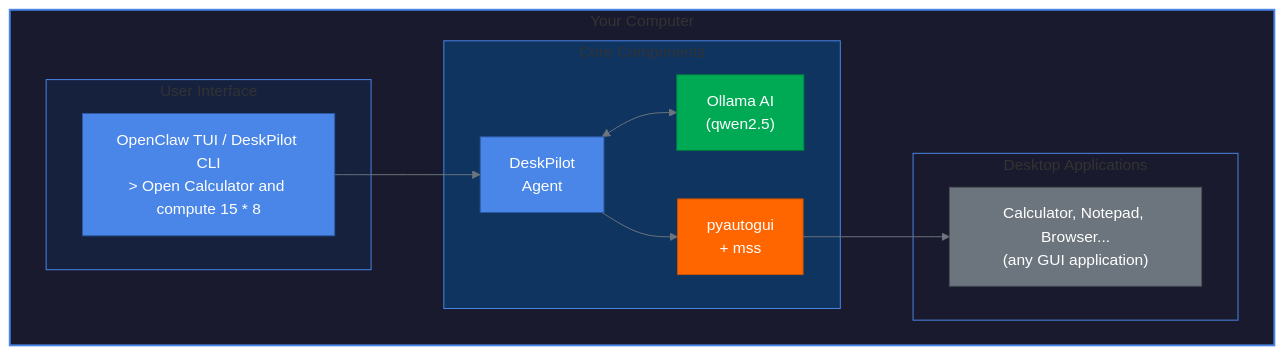
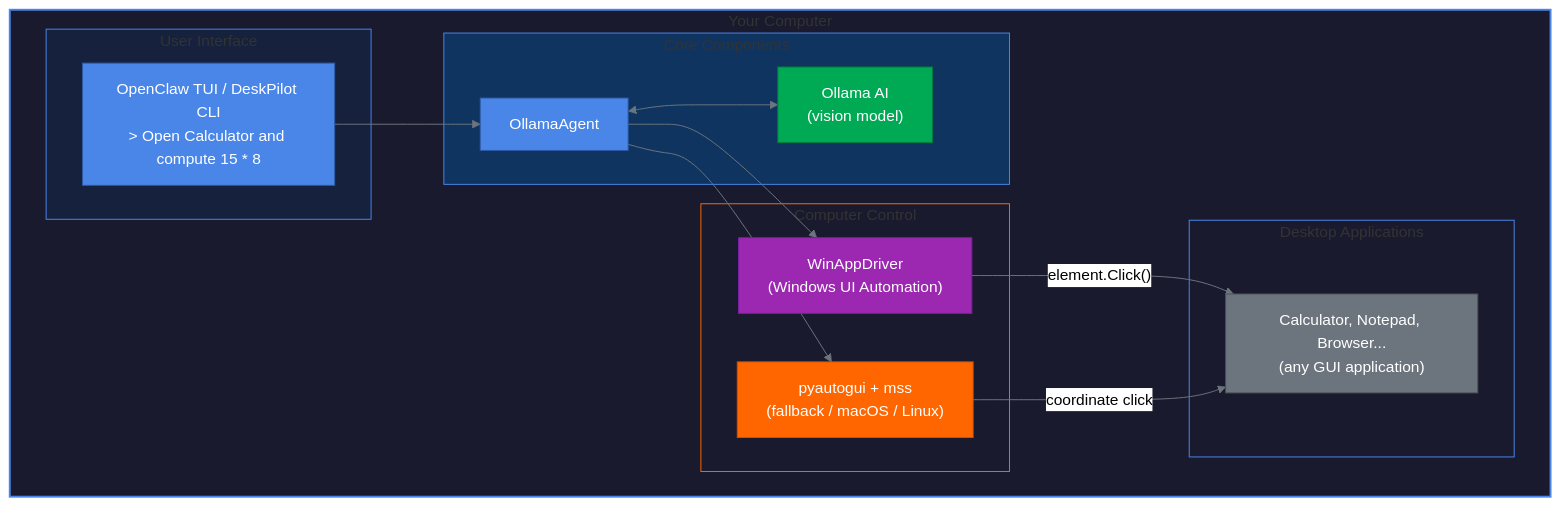
One commit to usathyan/clawbot changed the first of 3 diagrams in README.md. Above: the diagram before and after it, drawn with Mermaid. The commit also changed other lines of this file and 9 other files, not shown here.

First line of the commit message:
Add WinAppDriver integration for element-based clicking on Windows

````diff
--- a/README.md
+++ b/README.md
@@ -39,34 +41,42 @@
 ```mermaid
 %%{init: {'theme': 'neutral', 'themeVariables': { 'primaryColor': '#4a86e8', 'primaryTextColor': '#fff', 'primaryBorderColor': '#2d5aa3', 'lineColor': '#6c757d', 'secondaryColor': '#f8f9fa', 'tertiaryColor': '#e9ecef'}}}%%
 flowchart TB
     subgraph computer["Your Computer"]
         subgraph ui["User Interface"]
             tui["OpenClaw TUI / DeskPilot CLI<br/>> Open Calculator and compute 15 * 8"]
         end
 
         subgraph core["Core Components"]
-            agent["DeskPilot<br/>Agent"]
-            ollama["Ollama AI<br/>(qwen2.5)"]
-            native["pyautogui<br/>+ mss"]
+            agent["OllamaAgent"]
+            ollama["Ollama AI<br/>(vision model)"]
+        end
+
+        subgraph control["Computer Control"]
+            wad["WinAppDriver<br/>(Windows UI Automation)"]
+            native["pyautogui + mss<br/>(fallback / macOS / Linux)"]
         end
 
         subgraph apps["Desktop Applications"]
             calc["Calculator, Notepad, Browser...<br/>(any GUI application)"]
         end
 
         tui --> agent
         agent <--> ollama
+        agent --> wad
         agent --> native
-        native --> calc
+        wad -->|"element.Click()"| calc
+        native -->|"coordinate click"| calc
     end
 
     style computer fill:#1a1a2e,stroke:#4a86e8,stroke-width:2px
     style ui fill:#16213e,stroke:#4a86e8
     style core fill:#0f3460,stroke:#4a86e8
+    style control fill:#1a1a2e,stroke:#ff6600
     style apps fill:#1a1a2e,stroke:#4a86e8
     style tui fill:#4a86e8,stroke:#2d5aa3,color:#fff
     style agent fill:#4a86e8,stroke:#2d5aa3,color:#fff
     style ollama fill:#00aa55,stroke:#007a3d,color:#fff
+    style wad fill:#9c27b0,stroke:#7b1fa2,color:#fff
     style native fill:#ff6600,stroke:#cc5200,color:#fff
     style calc fill:#6c757d,stroke:#495057,color:#fff
 ```
````
